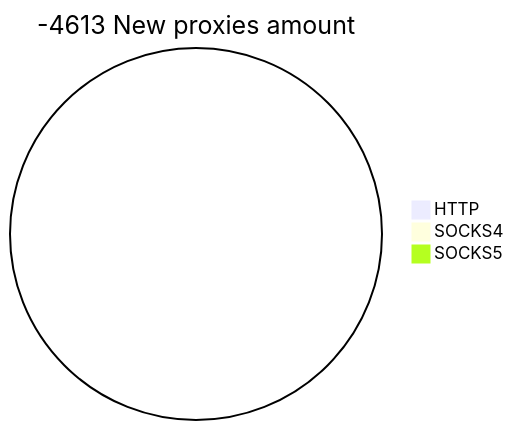
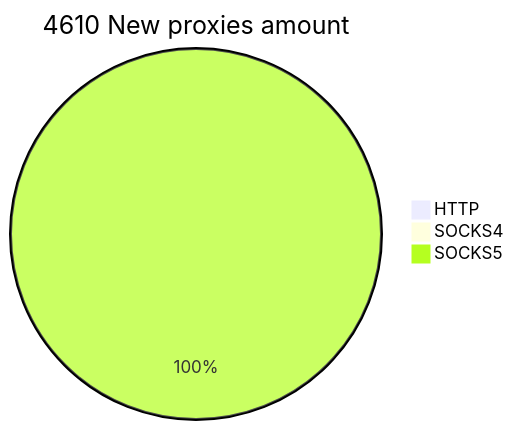
Before and after one commit to cutipu/proxylist: the second of 2 diagrams in README.md, drawn with Mermaid. The commit also changed other lines of this file, not shown here.

````diff
--- a/README.md
+++ b/README.md
@@ -10,6 +10,6 @@
 ```mermaid
-pie title -4613 New proxies amount
+pie title 4610 New proxies amount
     "HTTP" : 0
     "SOCKS4" : 0
-    "SOCKS5" : 0
+    "SOCKS5" : 4613
 ```
````
